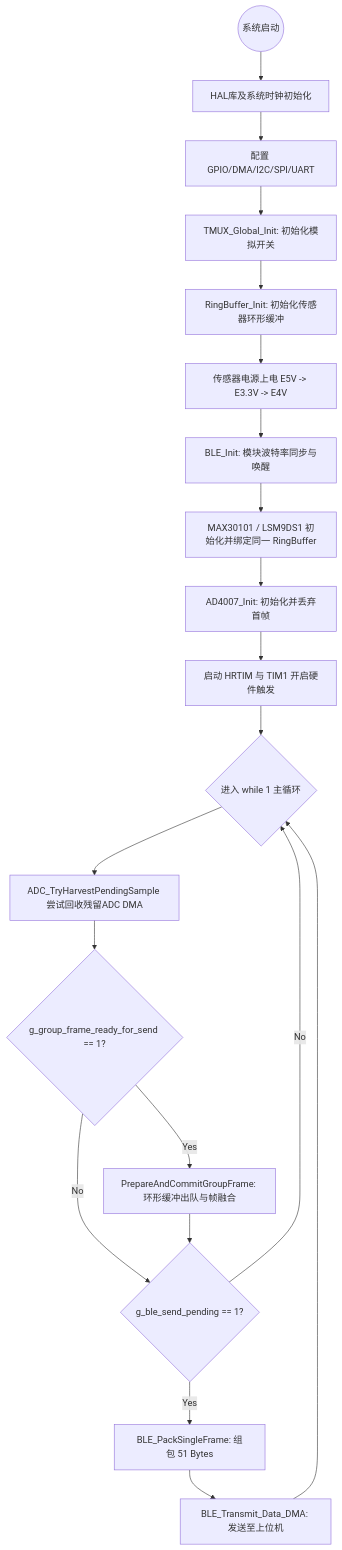
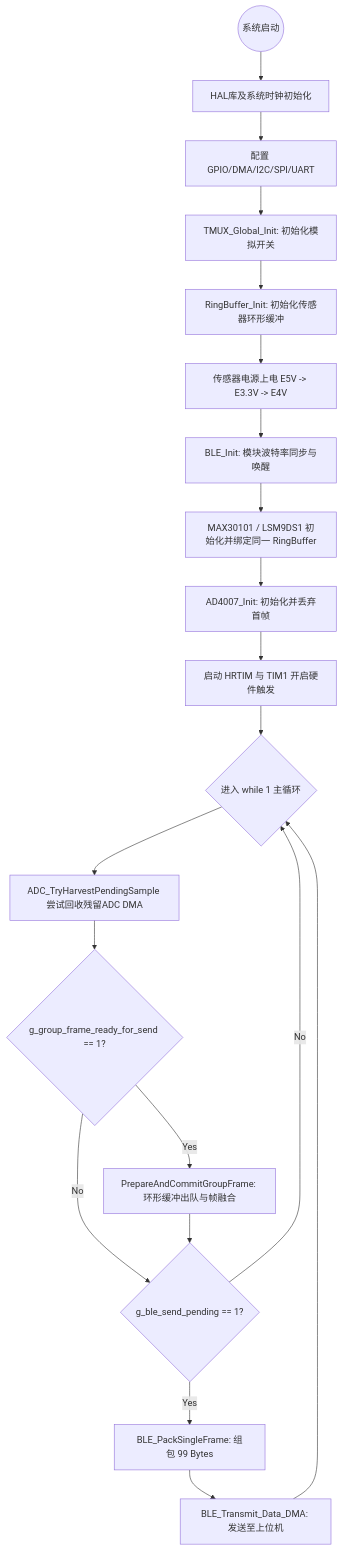
The second of 4 diagrams in README.md (Scp-918/PulseTIMR2), drawn with Mermaid before and after one commit. The commit also changed other lines of this file and 5 other files, not shown here.

````diff
--- a/README.md
+++ b/README.md
@@ -55,23 +55,23 @@
 ```mermaid
 graph TD
     Start((系统启动)) --> HAL[HAL库及系统时钟初始化]
     HAL --> Peri[配置 GPIO/DMA/I2C/SPI/UART]
     Peri --> Mux[TMUX_Global_Init: 初始化模拟开关]
     Mux --> RB[RingBuffer_Init: 初始化传感器环形缓冲]
     RB --> Pwr[传感器电源上电 E5V -> E3.3V -> E4V]
     Pwr --> BLE_Init[BLE_Init: 模块波特率同步与唤醒]
     BLE_Init --> SensorInit[MAX30101 / LSM9DS1 初始化并绑定同一 RingBuffer]
     SensorInit --> ADC_Init[AD4007_Init: 初始化并丢弃首帧]
     ADC_Init --> Tim_Start[启动 HRTIM 与 TIM1 开启硬件触发]
     
     Tim_Start --> Loop_Start{进入 while 1 主循环}
     Loop_Start --> C1[ADC_TryHarvestPendingSample 尝试回收残留ADC DMA]
     C1 --> C2{g_group_frame_ready_for_send == 1?}
     C2 -- Yes --> C2_1[PrepareAndCommitGroupFrame: 环形缓冲出队与帧融合]
     C2 -- No --> C3
     C2_1 --> C3{g_ble_send_pending == 1?}
-    C3 -- Yes --> C3_1[BLE_PackSingleFrame: 组包 51 Bytes]
+    C3 -- Yes --> C3_1[BLE_PackSingleFrame: 组包 99 Bytes]
     C3_1 --> C3_2[BLE_Transmit_Data_DMA: 发送至上位机]
     C3 -- No --> Loop_Start
     C3_2 --> Loop_Start
 ```
````
